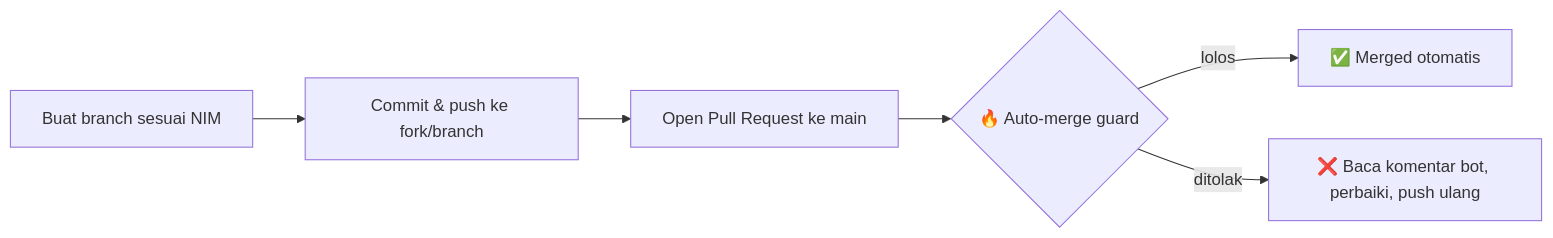
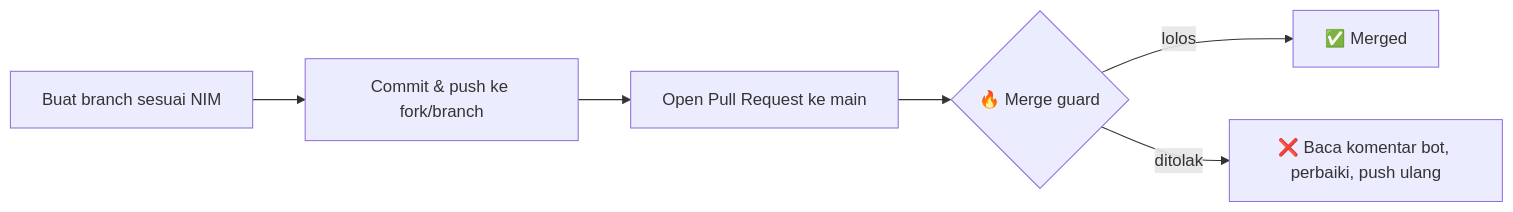
The diagram in README.md (PBWFEND/SI-VB-Backend), drawn with Mermaid before and after one commit. The commit also changed other lines of this file, not shown here.

Commit message:
docs: ribl-aganti label merge + susun tabel avatar mahasiswa

````diff
--- a/README.md
+++ b/README.md
@@ -20,8 +20,8 @@
 ```mermaid
 flowchart LR
     A[Buat branch sesuai NIM] --> B[Commit & push ke fork/branch]
     B --> C[Open Pull Request ke main]
-    C --> D{🔥 Auto-merge guard}
-    D -- lolos --> E[✅ Merged otomatis]
+    C --> D{🔥 Merge guard}
+    D -- lolos --> E[✅ Merged]
     D -- ditolak --> F[❌ Baca komentar bot, perbaiki, push ulang]
 ```
````
